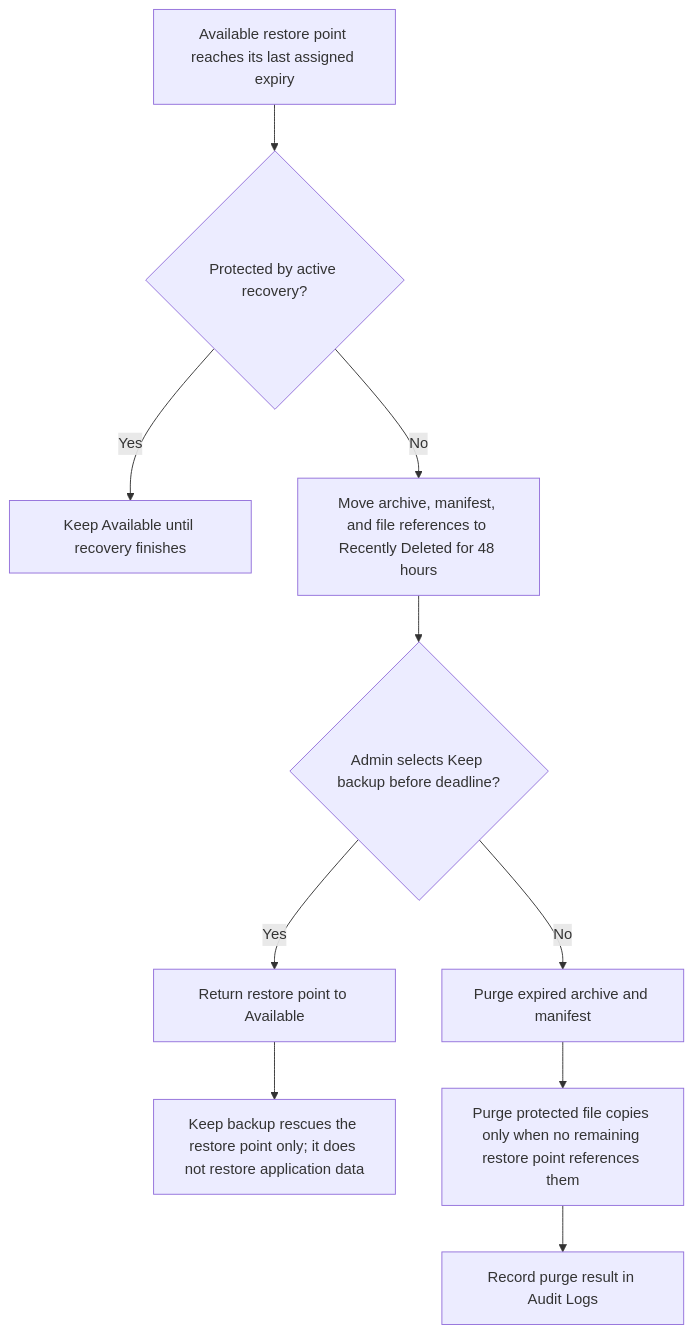
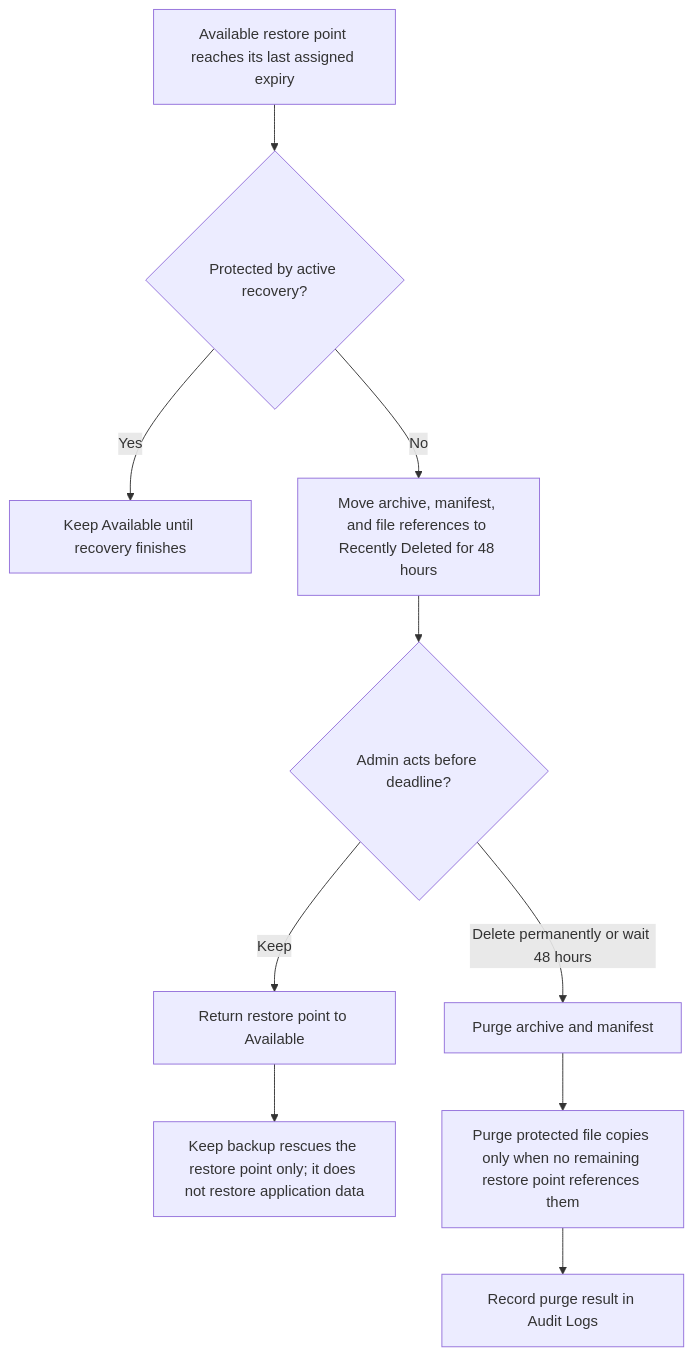
Before and after one commit to ja2gc/Nutriscope: the second of 4 diagrams in docs/modules/Flowcharts/Backup and Recovery.md, drawn with Mermaid. The commit also changed other lines of this file and 42 other files, not shown here.

````diff
--- a/docs/modules/Flowcharts/Backup and Recovery.md
+++ b/docs/modules/Flowcharts/Backup and Recovery.md
@@ -35,12 +35,12 @@
 ```mermaid
 flowchart TD
     A["Available restore point reaches its last assigned expiry"] --> B{"Protected by active recovery?"}
     B -->|"Yes"| C["Keep Available until recovery finishes"]
     B -->|"No"| D["Move archive, manifest, and file references to Recently Deleted for 48 hours"]
-    D --> E{"Admin selects Keep backup before deadline?"}
-    E -->|"Yes"| F["Return restore point to Available"]
+    D --> E{"Admin acts before deadline?"}
+    E -->|"Keep"| F["Return restore point to Available"]
     F --> G["Keep backup rescues the restore point only; it does not restore application data"]
-    E -->|"No"| H["Purge expired archive and manifest"]
+    E -->|"Delete permanently or wait 48 hours"| H["Purge archive and manifest"]
     H --> I["Purge protected file copies only when no remaining restore point references them"]
     I --> J["Record purge result in Audit Logs"]
 ```
````
